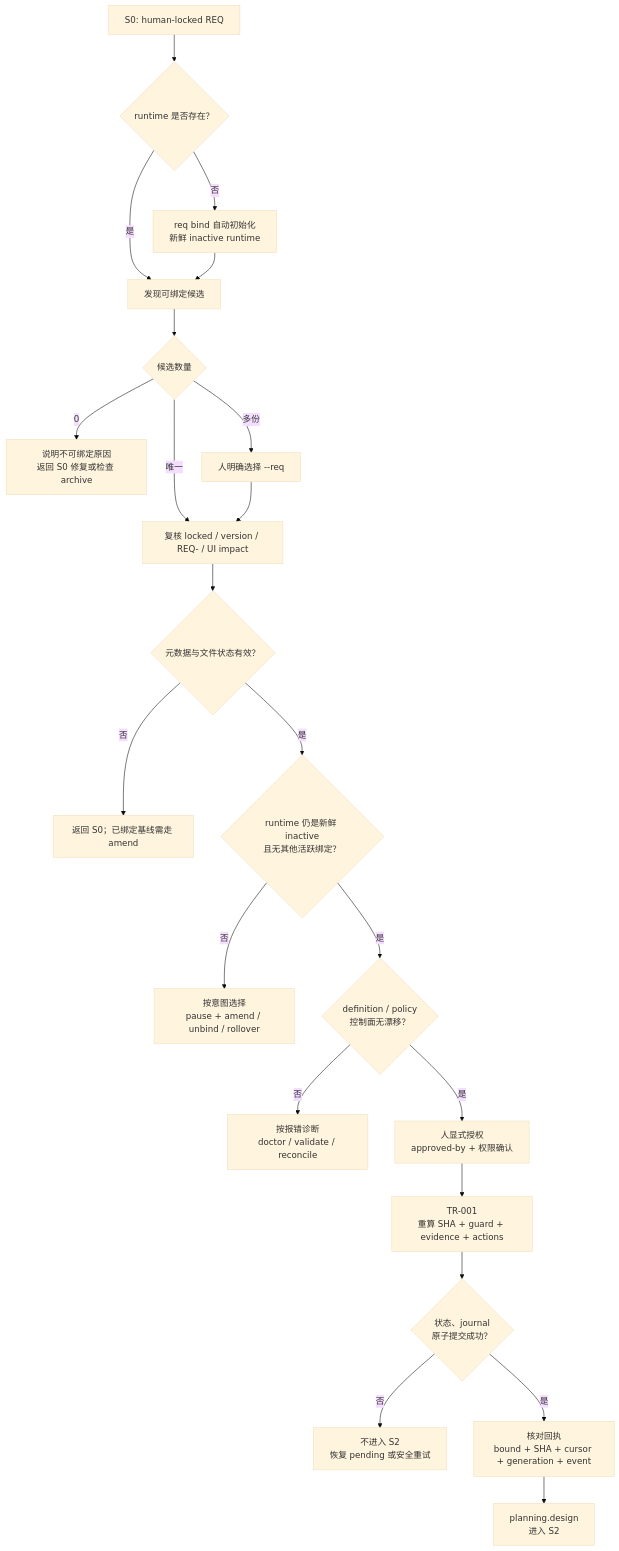
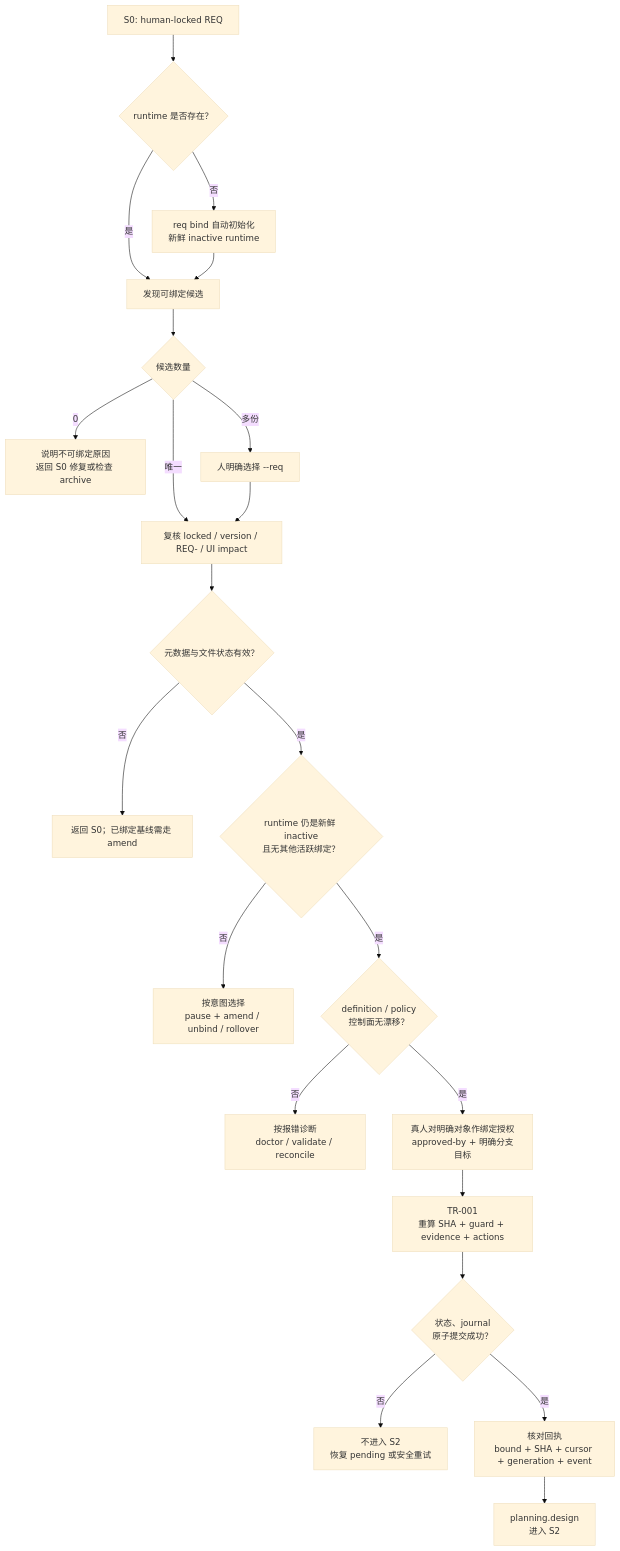
Before and after one commit to Sebs-Lee/go-system-builder: the second of 3 diagrams in blueprint/l3-stages/L3-S1-bind.md, drawn with Mermaid (base theme). The commit also changed other lines of this file and 969 other files, not shown here.

````diff
--- a/blueprint/l3-stages/L3-S1-bind.md
+++ b/blueprint/l3-stages/L3-S1-bind.md
@@ -104,27 +124,27 @@
 ```mermaid
 flowchart TD
     IN["S0: human-locked REQ"] --> R{"runtime 是否存在？"}
     R -->|否| INIT["req bind 自动初始化<br/>新鲜 inactive runtime"]
     R -->|是| DISCOVER["发现可绑定候选"]
     INIT --> DISCOVER
 
     DISCOVER --> N{"候选数量"}
     N -->|0| BACK0["说明不可绑定原因<br/>返回 S0 修复或检查 archive"]
     N -->|多份| CHOOSE["人明确选择 --req"]
     N -->|唯一| CHECK["复核 locked / version / REQ- / UI impact"]
     CHOOSE --> CHECK
 
     CHECK --> VALID{"元数据与文件状态有效？"}
     VALID -->|否| BACK1["返回 S0；已绑定基线需走 amend"]
     VALID -->|是| ACTIVE{"runtime 仍是新鲜 inactive<br/>且无其他活跃绑定？"}
     ACTIVE -->|否| ROUTE["按意图选择<br/>pause + amend / unbind / rollover"]
     ACTIVE -->|是| DRIFT{"definition / policy<br/>控制面无漂移？"}
     DRIFT -->|否| RECOVER["按报错诊断<br/>doctor / validate / reconcile"]
-    DRIFT -->|是| HUMAN["人显式授权<br/>approved-by + 权限确认"]
+    DRIFT -->|是| HUMAN["真人对明确对象作绑定授权<br/>approved-by + 明确分支目标"]
 
     HUMAN --> APPLY["TR-001<br/>重算 SHA + guard + evidence + actions"]
     APPLY --> COMMIT{"状态、journal<br/>原子提交成功？"}
     COMMIT -->|否| SAFE["不进入 S2<br/>恢复 pending 或安全重试"]
     COMMIT -->|是| RECEIPT["核对回执<br/>bound + SHA + cursor + generation + event"]
     RECEIPT --> S2["planning.design<br/>进入 S2"]
 ```
````
